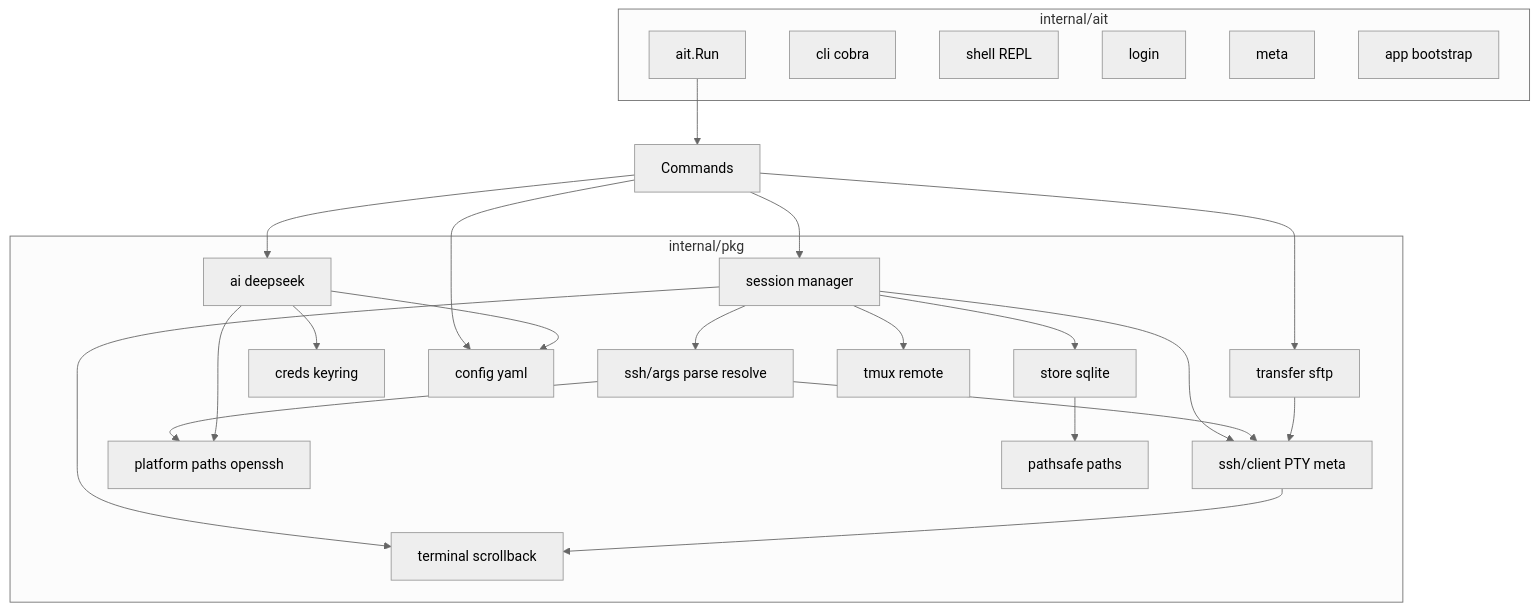
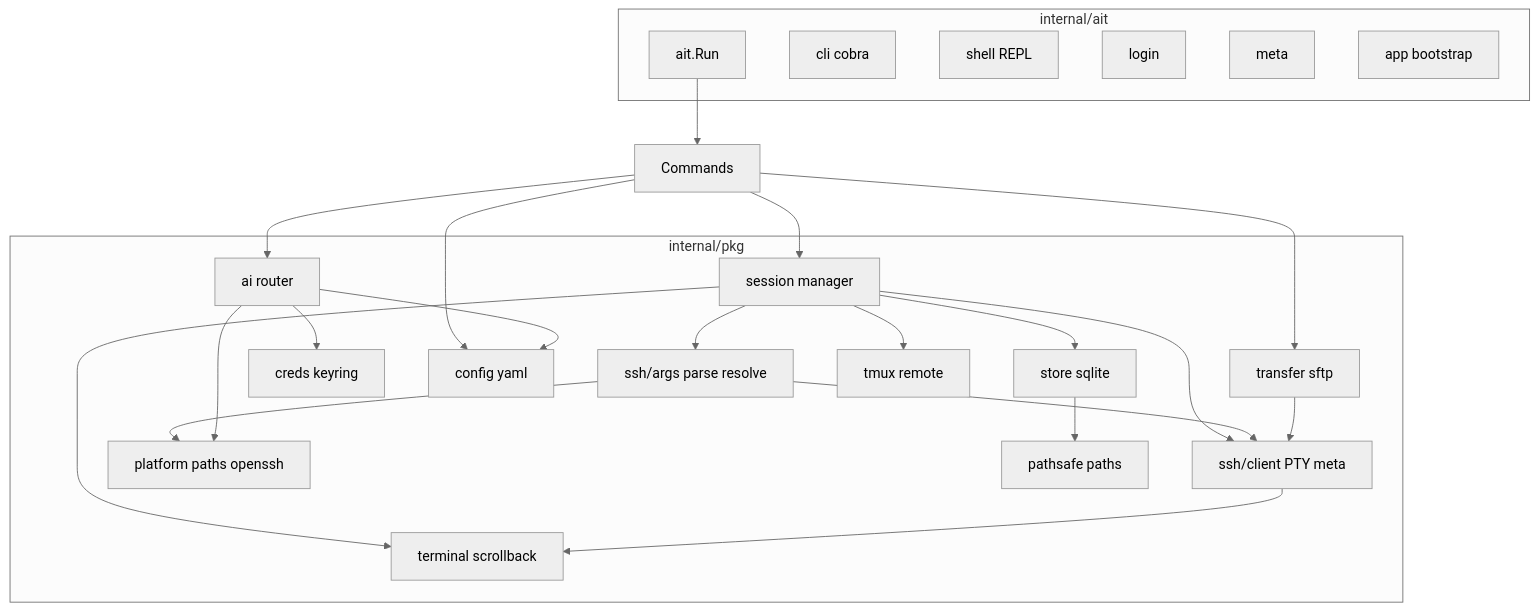
The first of 5 diagrams in docs/design.md (os-artificer/AiT), drawn with Mermaid (neutral theme) before and after one commit. The commit also changed other lines of this file and 162 other files, not shown here.

````diff
--- a/docs/design.md
+++ b/docs/design.md
@@ -43,43 +50,43 @@
 ```mermaid
 flowchart TB
   subgraph cli [internal/ait]
     Run[ait.Run]
     CliPkg[cli cobra]
     ShellPkg[shell REPL]
     LoginPkg[login]
     MetaPkg[meta]
     AppPkg[app bootstrap]
   end
   subgraph pkgs [internal/pkg]
     SSHArgs[ssh/args parse resolve]
     Store[store sqlite]
     Sess[session manager]
     SSH[ssh/client PTY meta]
     Term[terminal scrollback]
-    AI[ai deepseek]
+    AI[ai router]
     Creds[creds keyring]
     Config[config yaml]
     Plat[platform paths openssh]
     Transfer[transfer sftp]
     PathSafe[pathsafe paths]
     Tmux[tmux remote]
   end
   Run --> Commands
   Commands --> Sess
   Sess --> SSHArgs
   Sess --> Store
   Sess --> SSH
   Sess --> Term
   Sess --> Tmux
   Commands --> AI
   Commands --> Transfer
   Commands --> Config
   SSHArgs --> Plat
   SSHArgs --> SSH
   Transfer --> SSH
   AI --> Creds
   AI --> Config
   AI --> Plat
   SSH --> Term
   Store --> PathSafe
 ```
````
